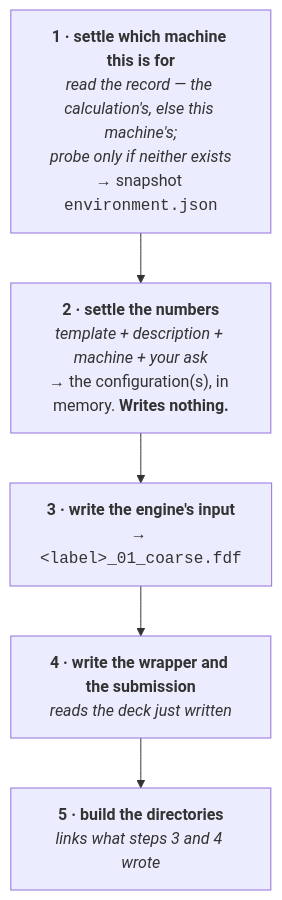
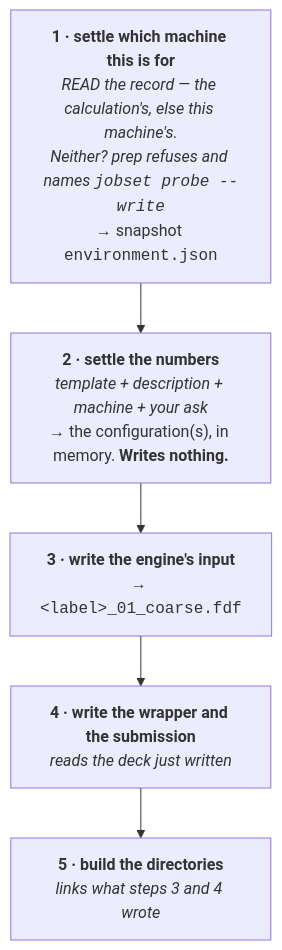
One commit to Qing-LAB/molbuilder changed the third of 4 diagrams in docs/workflow.md. Above: the diagram before and after it, drawn with Mermaid. The commit also changed 17 other files, not shown here.

````diff
--- a/docs/workflow.md
+++ b/docs/workflow.md
@@ -265,9 +265,9 @@
 ```mermaid
 flowchart TB
-    S1["<b>1 · settle which machine this is for</b><br/><i>read the record — the calculation's, else this machine's;<br/>probe only if neither exists</i><br/>→ snapshot <code>environment.json</code>"]
+    S1["<b>1 · settle which machine this is for</b><br/><i>READ the record — the calculation's, else this machine's.<br/>Neither? prep refuses and names <code>jobset probe --write</code></i><br/>→ snapshot <code>environment.json</code>"]
     S2["<b>2 · settle the numbers</b><br/><i>template + description + machine + your ask</i><br/>→ the configuration(s), in memory. <b>Writes nothing.</b>"]
     S3["<b>3 · write the engine's input</b><br/>→ <code>&lt;label&gt;_01_coarse.fdf</code>"]
     S4["<b>4 · write the wrapper and the submission</b><br/><i>reads the deck just written</i>"]
     S5["<b>5 · build the directories</b><br/><i>links what steps 3 and 4 wrote</i>"]
     S1 --> S2 --> S3 --> S4 --> S5
 ```
````
